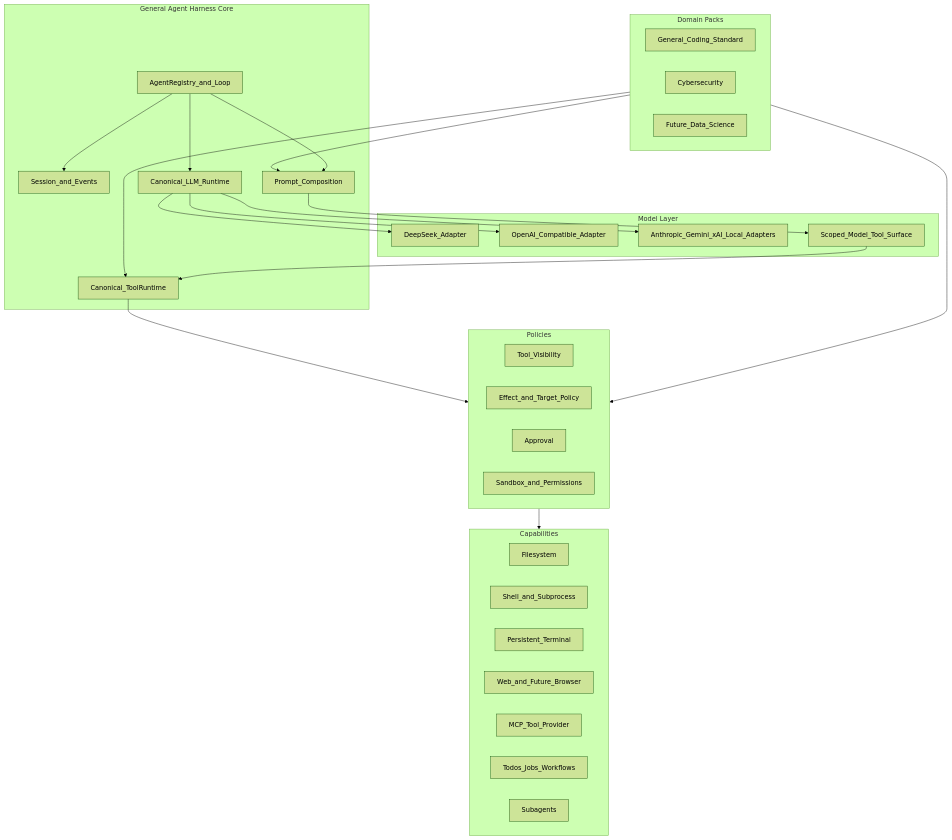
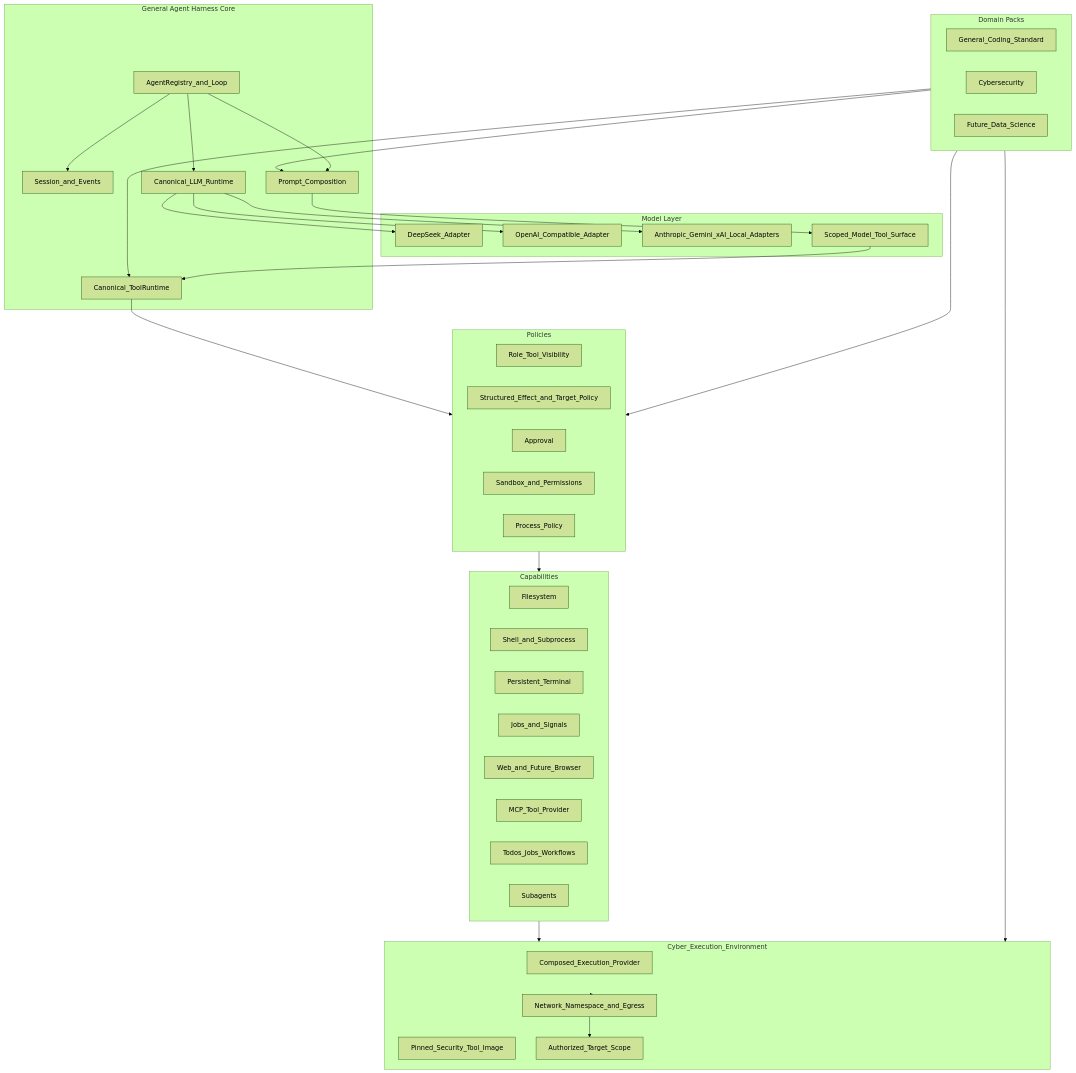
One commit to mahmoudemad68/Cyber_harness changed the second of 3 diagrams in docs/plans/general-agent-harness.md. Above: the diagram before and after it, drawn with Mermaid (forest theme). The commit also changed other lines of this file and 1 other file, not shown here.

First line of the commit message:
Revise Cybersecurity execution model for real Bash, PTY, and CLI tools (#2)

````diff
--- a/docs/plans/general-agent-harness.md
+++ b/docs/plans/general-agent-harness.md
@@ -480,54 +547,67 @@
 ```mermaid
 flowchart TB
   subgraph core [General Agent Harness Core]
     agent[AgentRegistry_and_Loop]
     session[Session_and_Events]
     prompt[Prompt_Composition]
     tools[Canonical_ToolRuntime]
     llm[Canonical_LLM_Runtime]
   end
 
   subgraph model [Model Layer]
     deepseek[DeepSeek_Adapter]
     openai[OpenAI_Compatible_Adapter]
     other[Anthropic_Gemini_xAI_Local_Adapters]
     surface[Scoped_Model_Tool_Surface]
   end
 
   subgraph capabilities [Capabilities]
     fs[Filesystem]
     shell[Shell_and_Subprocess]
     terminal[Persistent_Terminal]
+    jobs[Jobs_and_Signals]
     web[Web_and_Future_Browser]
     mcp[MCP_Tool_Provider]
     tasks[Todos_Jobs_Workflows]
     subagents[Subagents]
   end
 
   subgraph policies [Policies]
-    restriction[Tool_Visibility]
-    effects[Effect_and_Target_Policy]
+    restriction[Role_Tool_Visibility]
+    effects[Structured_Effect_and_Target_Policy]
     approval[Approval]
     sandbox[Sandbox_and_Permissions]
+    process[Process_Policy]
+  end
+
+  subgraph execution [Cyber_Execution_Environment]
+    provider[Composed_Execution_Provider]
+    image[Pinned_Security_Tool_Image]
+    net[Network_Namespace_and_Egress]
+    scope[Authorized_Target_Scope]
   end
 
   subgraph domains [Domain Packs]
     coding[General_Coding_Standard]
     cyber[Cybersecurity]
     future[Future_Data_Science]
   end
 
   domains --> prompt
   domains --> tools
   domains --> policies
+  domains --> execution
   agent --> prompt
   agent --> session
   agent --> llm
   prompt --> surface
   surface --> tools
   tools --> policies
   policies --> capabilities
+  capabilities --> execution
+  execution --> net
+  net --> scope
   llm --> deepseek
   llm --> openai
   llm --> other
 ```
````
